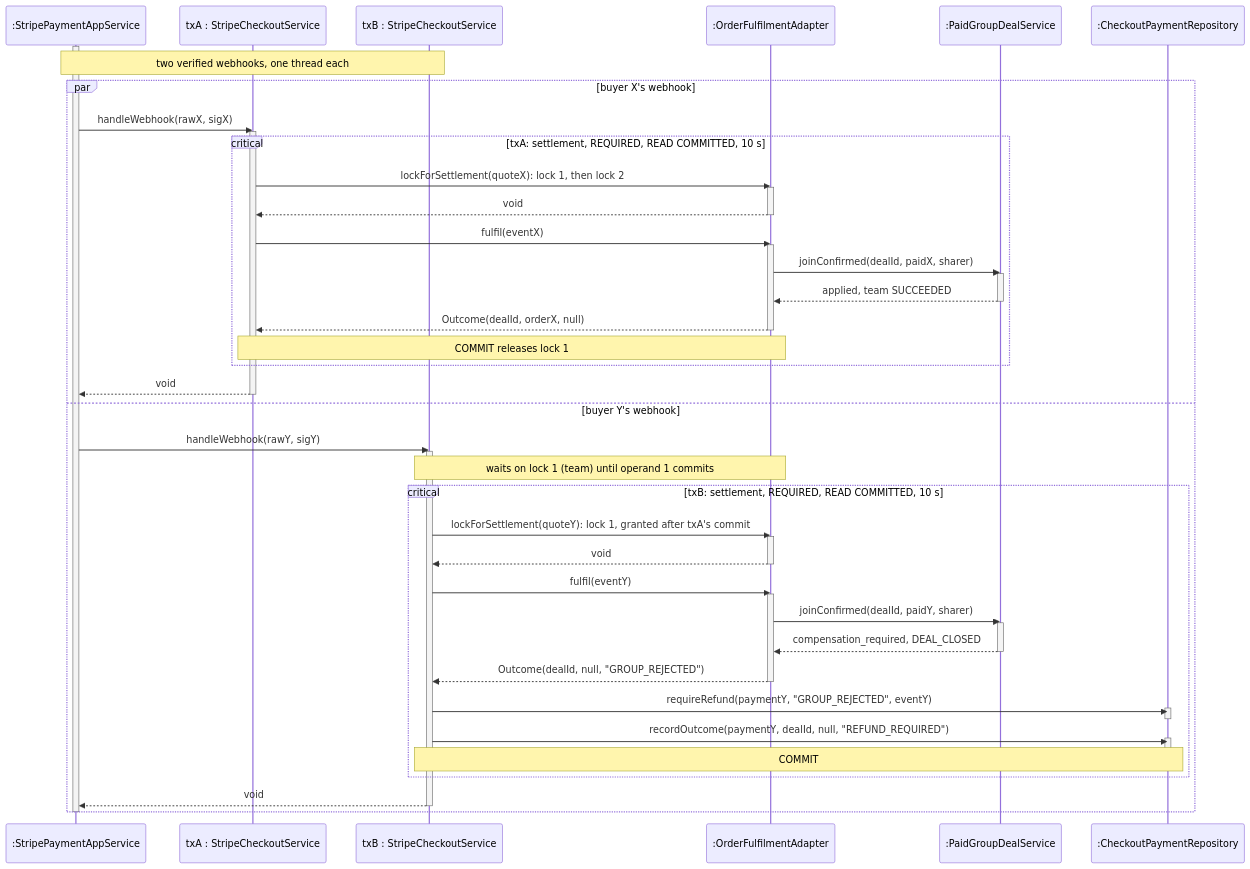
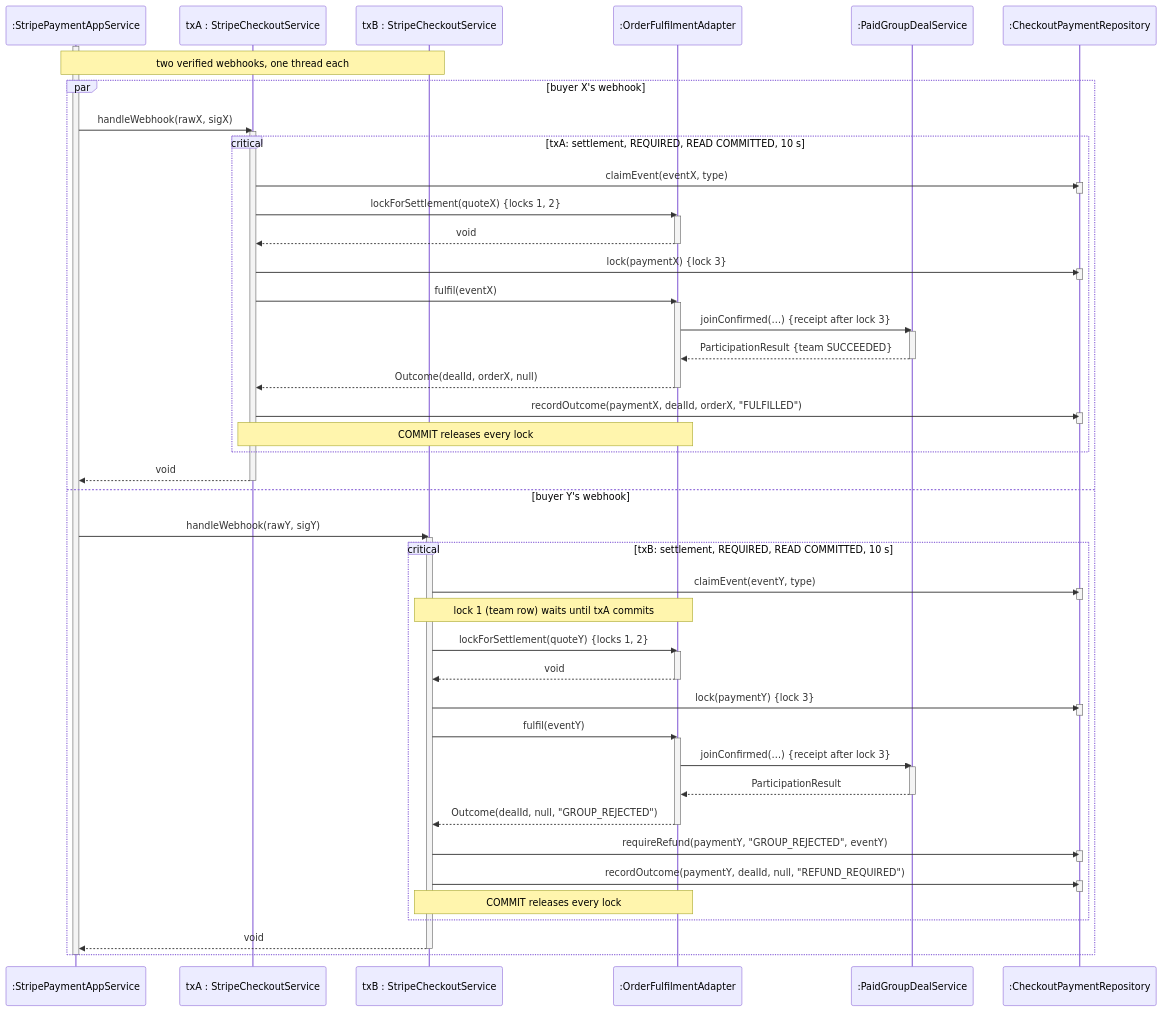
Before and after one commit to PPsyrius/iss-groupbuy-team8: the diagram in docs/swe5001/report/diagrams/uml/src/a-uc04-ds-race.mmd, drawn with Mermaid. The commit also changed 55 other files, not shown here.

```diff
--- a/docs/swe5001/report/diagrams/uml/src/a-uc04-ds-race.mmd
+++ b/docs/swe5001/report/diagrams/uml/src/a-uc04-ds-race.mmd
@@ -1,60 +1,75 @@
 %% frame: UC4: two payments race for the last seat (design)
 sequenceDiagram
     participant App as :StripePaymentAppService
     participant A as txA : StripeCheckoutService
     participant B as txB : StripeCheckoutService
     participant OFA as :OrderFulfilmentAdapter
     participant Groups as :PaidGroupDealService
     participant Repo as :CheckoutPaymentRepository
 
     activate App
     Note over App,B: two verified webhooks, one thread each
     par buyer X's webhook
         App->>A: handleWebhook(rawX, sigX)
         activate A
         critical txA: settlement, REQUIRED, READ COMMITTED, 10 s
-            A->>OFA: lockForSettlement(quoteX): lock 1, then lock 2
+            A->>Repo: claimEvent(eventX, type)
+            activate Repo
+            deactivate Repo
+            A->>OFA: lockForSettlement(quoteX) {locks 1, 2}
             activate OFA
             OFA-->>A: void
             deactivate OFA
+            A->>Repo: lock(paymentX) {lock 3}
+            activate Repo
+            deactivate Repo
             A->>OFA: fulfil(eventX)
             activate OFA
-            OFA->>Groups: joinConfirmed(dealId, paidX, sharer)
+            OFA->>Groups: joinConfirmed(…) {receipt after lock 3}
             activate Groups
-            Groups-->>OFA: applied, team SUCCEEDED
+            Groups-->>OFA: ParticipationResult {team SUCCEEDED}
             deactivate Groups
             OFA-->>A: Outcome(dealId, orderX, null)
             deactivate OFA
-            Note over A,OFA: COMMIT releases lock 1
+            A->>Repo: recordOutcome(paymentX, dealId, orderX, "FULFILLED")
+            activate Repo
+            deactivate Repo
+            Note over A,OFA: COMMIT releases every lock
         end
         A-->>App: void
         deactivate A
     and buyer Y's webhook
         App->>B: handleWebhook(rawY, sigY)
         activate B
-        Note over B,OFA: waits on lock 1 (team) until operand 1 commits
         critical txB: settlement, REQUIRED, READ COMMITTED, 10 s
-            B->>OFA: lockForSettlement(quoteY): lock 1, granted after txA's commit
+            B->>Repo: claimEvent(eventY, type)
+            activate Repo
+            deactivate Repo
+            Note over B,OFA: lock 1 (team row) waits until txA commits
+            B->>OFA: lockForSettlement(quoteY) {locks 1, 2}
             activate OFA
             OFA-->>B: void
             deactivate OFA
+            B->>Repo: lock(paymentY) {lock 3}
+            activate Repo
+            deactivate Repo
             B->>OFA: fulfil(eventY)
             activate OFA
-            OFA->>Groups: joinConfirmed(dealId, paidY, sharer)
+            OFA->>Groups: joinConfirmed(…) {receipt after lock 3}
             activate Groups
-            Groups-->>OFA: compensation_required, DEAL_CLOSED
+            Groups-->>OFA: ParticipationResult
             deactivate Groups
             OFA-->>B: Outcome(dealId, null, "GROUP_REJECTED")
             deactivate OFA
             B->>Repo: requireRefund(paymentY, "GROUP_REJECTED", eventY)
             activate Repo
             deactivate Repo
             B->>Repo: recordOutcome(paymentY, dealId, null, "REFUND_REQUIRED")
             activate Repo
             deactivate Repo
-            Note over B,Repo: COMMIT
+            Note over B,OFA: COMMIT releases every lock
         end
         B-->>App: void
         deactivate B
     end
     deactivate App
```
